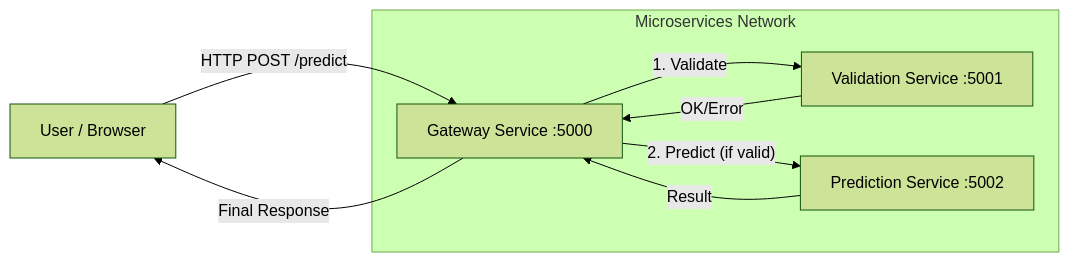
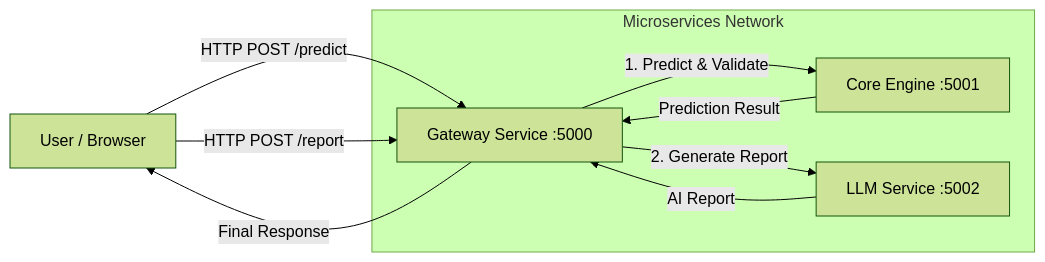
One commit to Ankit-git463/NeuroRide-Guardian changed the diagram in PROJECT_FLOW.md. Above: the diagram before and after it, drawn with Mermaid (forest theme). The commit also changed other lines of this file and 1 other file, not shown here.

````diff
--- a/PROJECT_FLOW.md
+++ b/PROJECT_FLOW.md
@@ -9,14 +9,15 @@
 ```mermaid
 graph LR
     User[User / Browser] -- HTTP POST /predict --> Gateway[Gateway Service :5000]
+    User -- HTTP POST /report --> Gateway
     
     subgraph Microservices Network
-        Gateway -- 1. Validate --> Validation[Validation Service :5001]
-        Validation -- OK/Error --> Gateway
+        Gateway -- 1. Predict & Validate --> Core[Core Engine :5001]
+        Core -- Prediction Result --> Gateway
         
-        Gateway -- 2. Predict (if valid) --> Prediction[Prediction Service :5002]
-        Prediction -- Result --> Gateway
+        Gateway -- 2. Generate Report --> LLM[LLM Service :5002]
+        LLM -- AI Report --> Gateway
     end
     
     Gateway -- Final Response --> User
 ```
````
